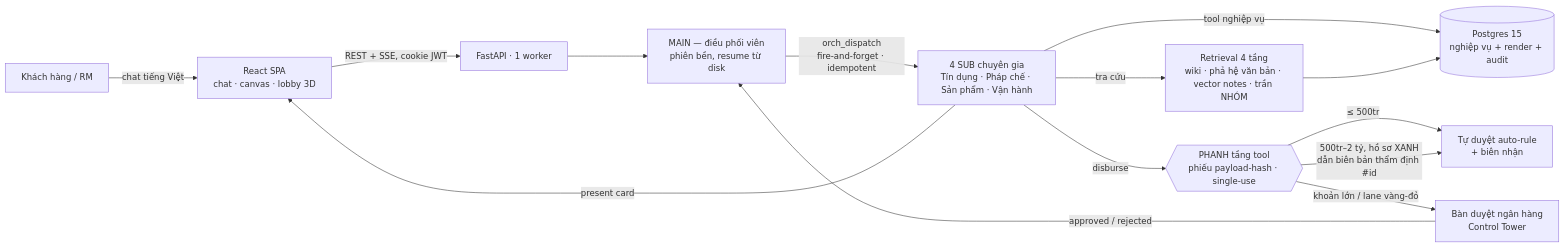
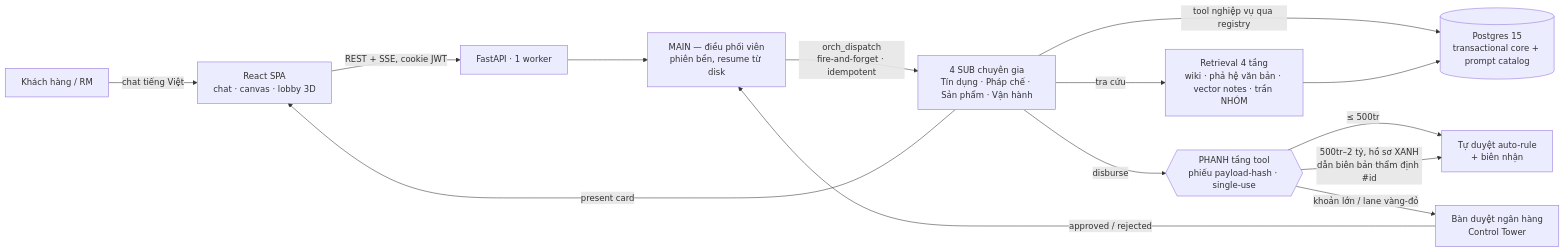
Before and after one commit to Lecoeurdelest/shb-digital: the diagram in README.md, drawn with Mermaid. The commit also changed other lines of this file and 266 other files, not shown here.

````diff
--- a/README.md
+++ b/README.md
@@ -200,16 +211,16 @@
 ```mermaid
 flowchart LR
   KH[Khách hàng / RM] -->|chat tiếng Việt| FE[React SPA<br/>chat · canvas · lobby 3D]
   FE -->|REST + SSE, cookie JWT| API[FastAPI · 1 worker]
   API --> MAIN[MAIN — điều phối viên<br/>phiên bền, resume từ disk]
   MAIN -->|orch_dispatch<br/>fire-and-forget · idempotent| SUB[4 SUB chuyên gia<br/>Tín dụng · Pháp chế · Sản phẩm · Vận hành]
-  SUB -->|tool nghiệp vụ| PG[(Postgres 15<br/>nghiệp vụ + render + audit)]
+  SUB -->|tool nghiệp vụ qua registry| PG[(Postgres 15<br/>transactional core + prompt catalog)]
   SUB -->|tra cứu| RAG[Retrieval 4 tầng<br/>wiki · phả hệ văn bản · vector notes · trần NHÓM]
   RAG --> PG
   SUB -->|present card| FE
   SUB -->|disburse| GATE{{PHANH tầng tool<br/>phiếu payload-hash · single-use}}
   GATE -->|"≤ 500tr"| AUTO[Tự duyệt auto-rule<br/>+ biên nhận]
   GATE -->|"500tr–2 tỷ, hồ sơ XANH<br/>dẫn biên bản thẩm định #id"| AUTO
   GATE -->|"khoản lớn / lane vàng-đỏ"| BANK[Bàn duyệt ngân hàng<br/>Control Tower]
   BANK -->|approved / rejected| MAIN
 ```
````
